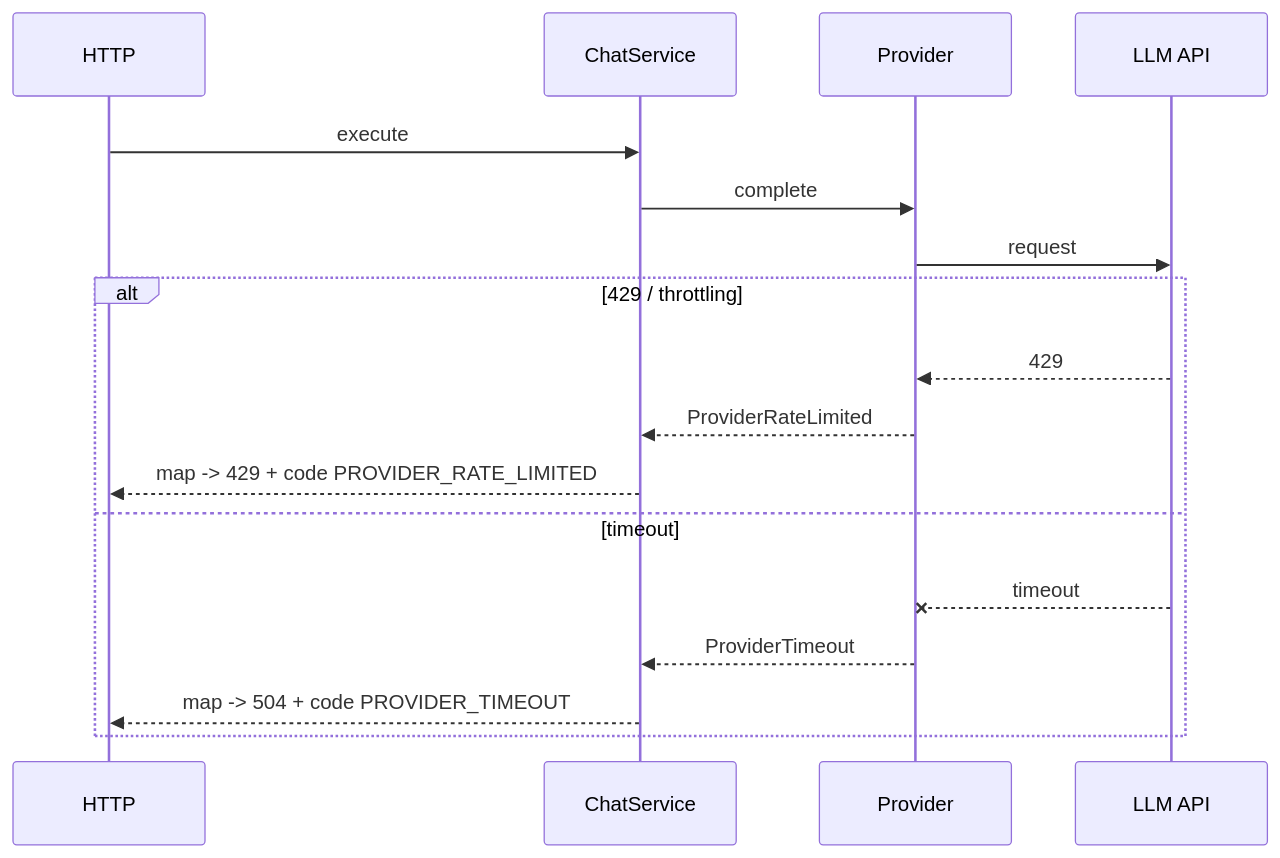
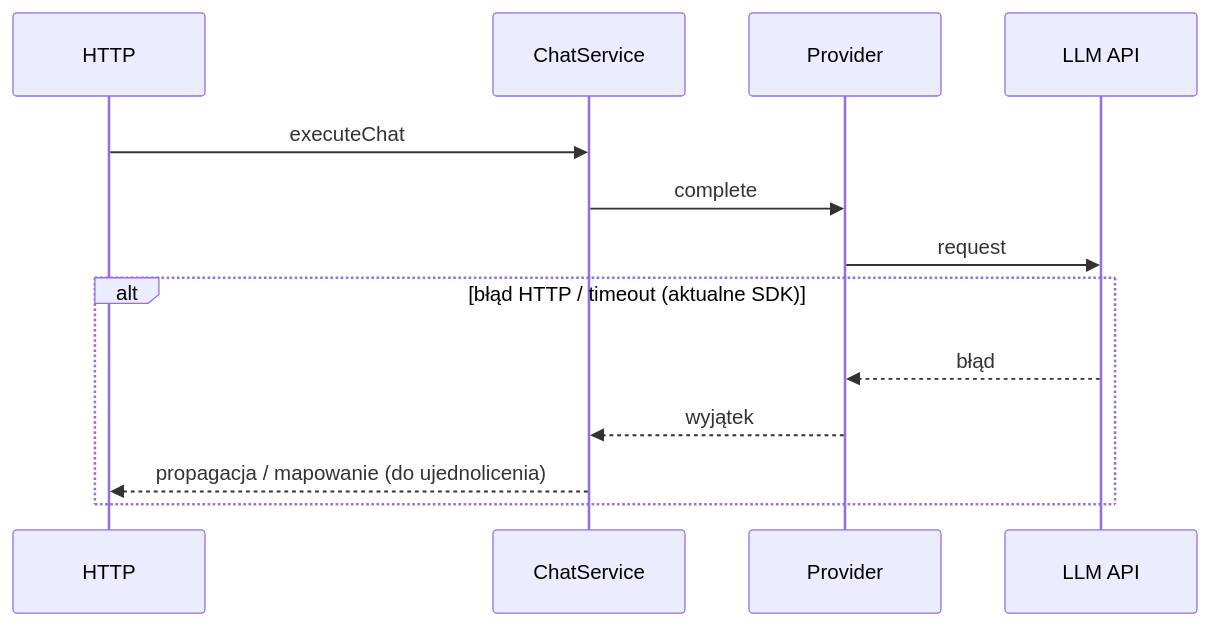
Before and after one commit to matej2314/ai-provider-gateway: the third of 4 diagrams in docs/data_flow.md, drawn with Mermaid. The commit also changed other lines of this file and 23 other files, not shown here.

Commit message:
Update project documentation. Refactor gateway configuration object, provider registry, chat service.

````diff
--- a/docs/data_flow.md
+++ b/docs/data_flow.md
@@ -69,20 +74,16 @@
 ```mermaid
 sequenceDiagram
   participant H as HTTP
   participant S as ChatService
   participant P as Provider
   participant A as LLM API
 
-  H->>S: execute
+  H->>S: executeChat
   S->>P: complete
   P->>A: request
-  alt 429 / throttling
-    A-->>P: 429
-    P-->>S: ProviderRateLimited
-    S-->>H: map -> 429 + code PROVIDER_RATE_LIMITED
-  else timeout
-    A--xP: timeout
-    P-->>S: ProviderTimeout
-    S-->>H: map -> 504 + code PROVIDER_TIMEOUT
+  alt błąd HTTP / timeout (aktualne SDK)
+    A-->>P: błąd
+    P-->>S: wyjątek
+    S-->>H: propagacja / mapowanie (do ujednolicenia)
   end
 ```
````
